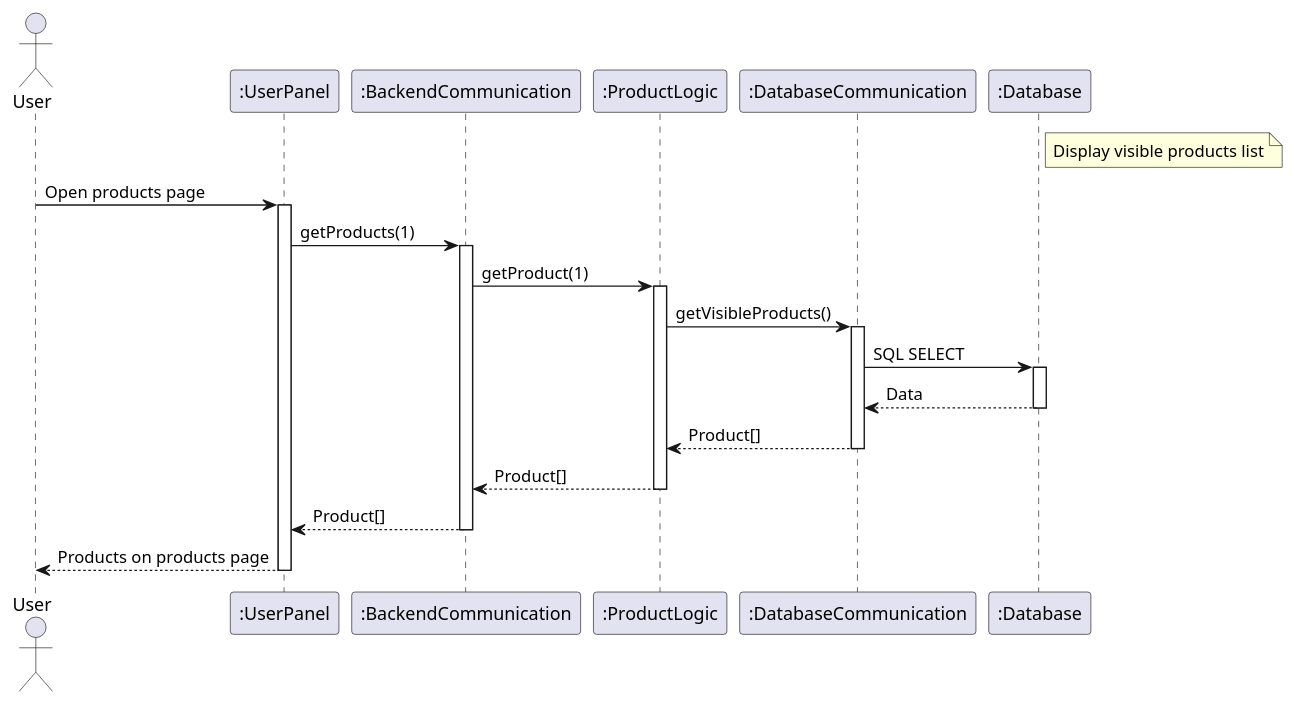
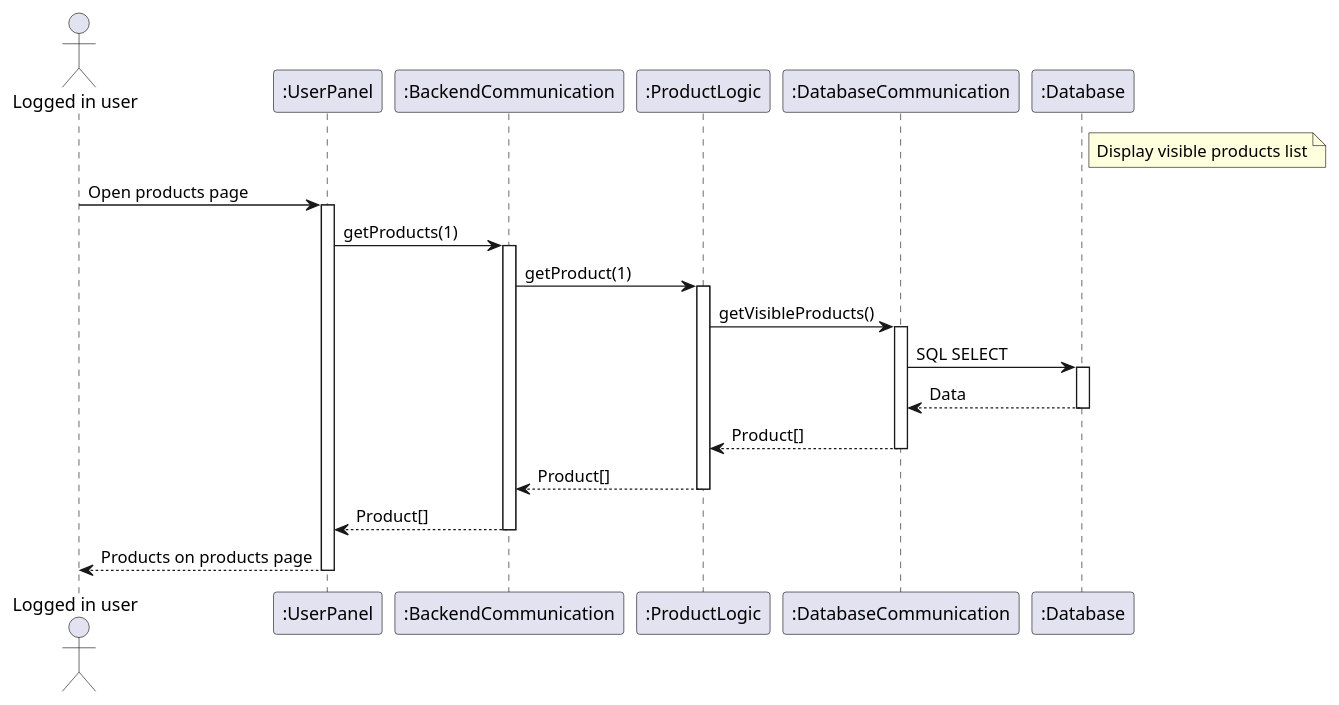
The first of 7 diagrams in WholeApplicationFlowDiagrams.md (RadekBucki/OpinionCollectorArchitecture), drawn with PlantUML before and after one commit. The commit also changed other lines of this file, not shown here.

Commit message:
Flow diagrams actor and alt changes

````diff
--- a/WholeApplicationFlowDiagrams.md
+++ b/WholeApplicationFlowDiagrams.md
@@ -3,32 +3,32 @@
 ```plantuml
 @startuml
     note right of ":Database"
         Display visible products list
     endnote
     
-    actor       User
+    actor       "Logged in user" as User
     participant ":UserPanel"             as UserFE
     participant ":BackendCommunication"  as BeComm
     participant ":ProductLogic"          as Product
     participant ":DatabaseCommunication" as DbComm
     participant ":Database"
     
     User    -> UserFE      : Open products page
     activate UserFE
     UserFE  -> BeComm      : getProducts(1)
     activate BeComm
     BeComm  -> Product     : getProduct(1)
     activate Product
     Product -> DbComm      : getVisibleProducts()
     activate DbComm
     DbComm  -> ":Database" : SQL SELECT
     activate ":Database"
     
     return Data
     return Product[]
     return Product[]
     return Product[]
     return Products on products page
     
 @enduml
 ```
````
